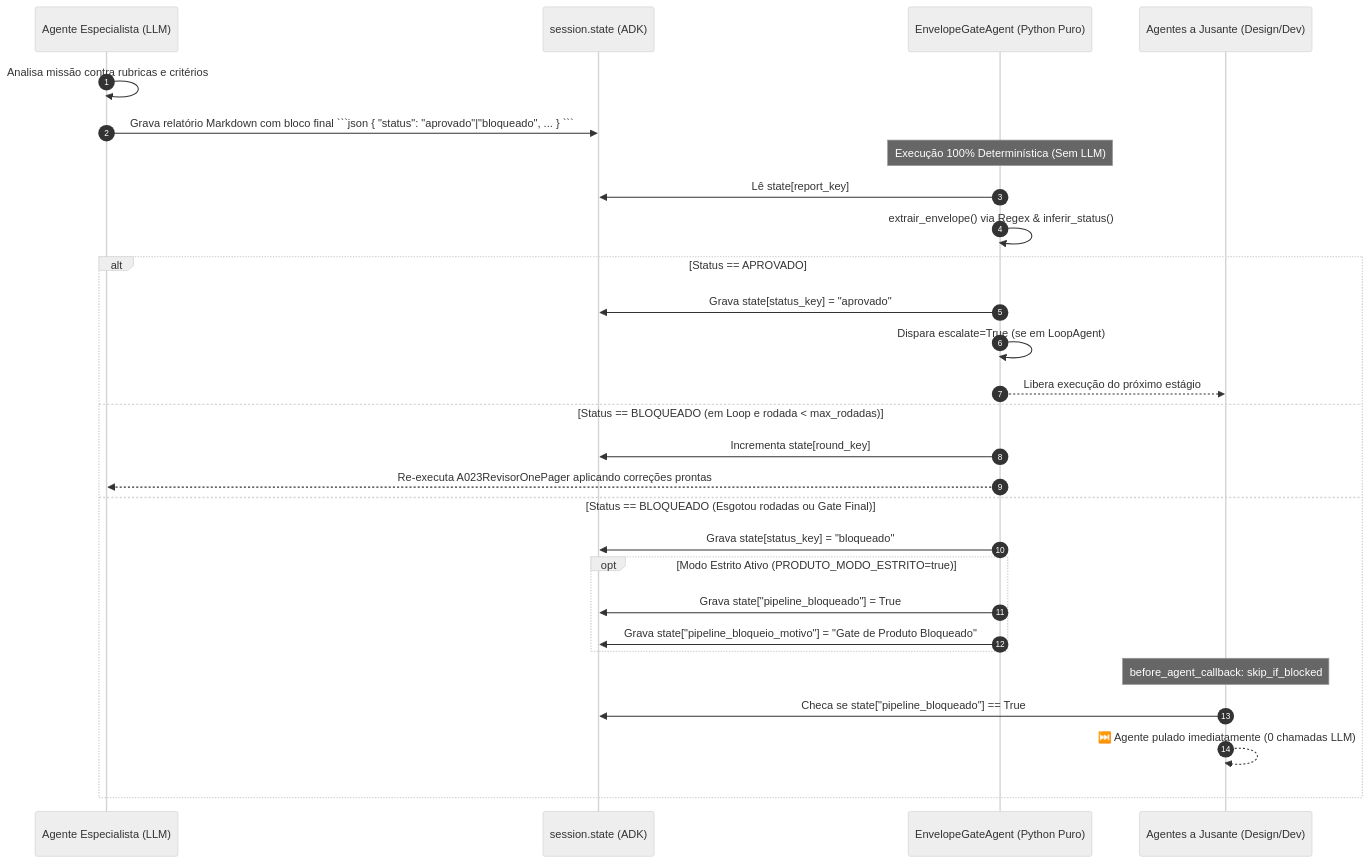
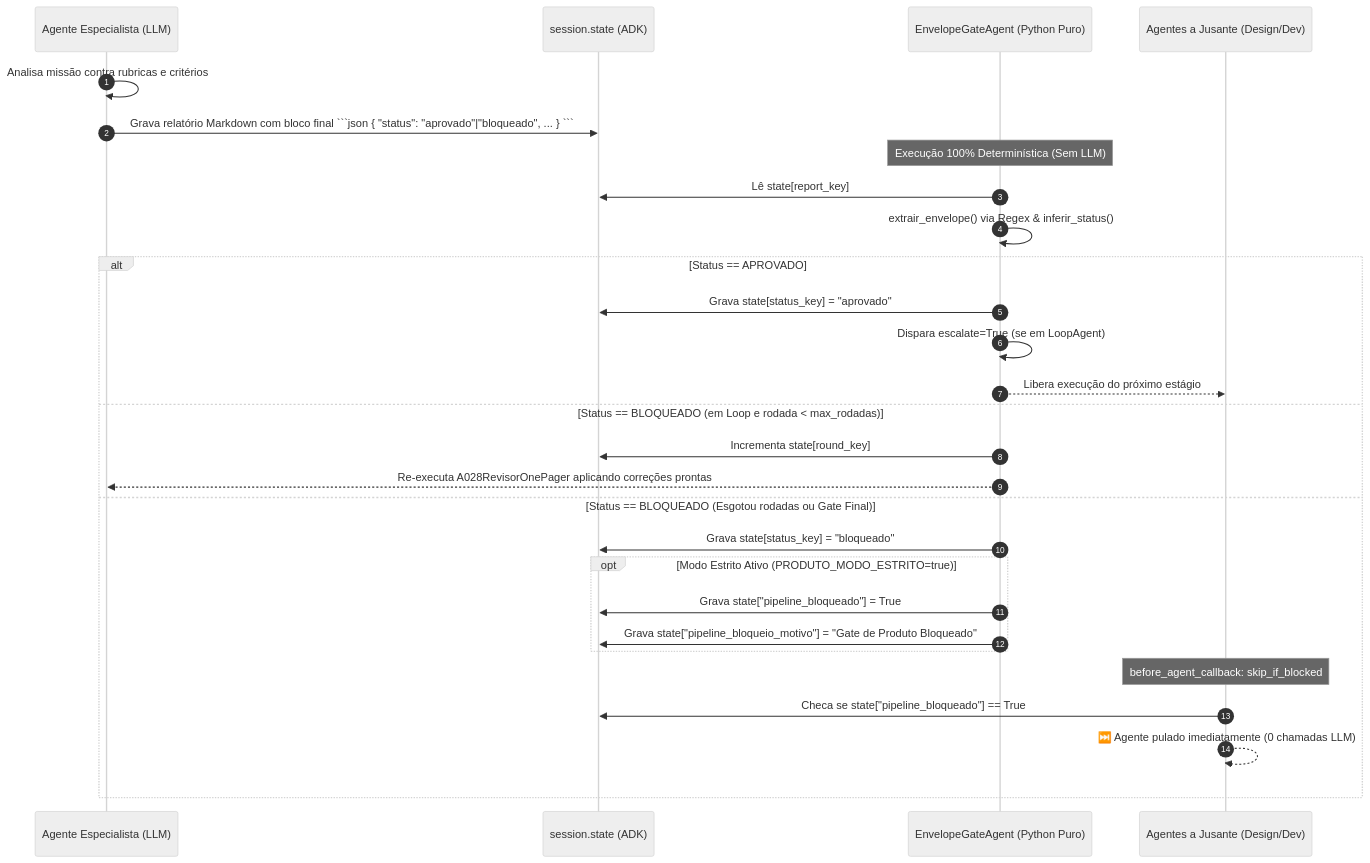
Before and after one commit to lucas-salomao-unooria/gerador-missoes: the third of 3 diagrams in README.md, drawn with Mermaid (neutral theme). The commit also changed other lines of this file and 91 other files, not shown here.

````diff
--- a/README.md
+++ b/README.md
@@ -345,33 +351,33 @@
 ```mermaid
 sequenceDiagram
     autonumber
     participant LLM as Agente Especialista (LLM)
     participant State as session.state (ADK)
     participant Gate as EnvelopeGateAgent (Python Puro)
     participant Downstream as Agentes a Jusante (Design/Dev)
 
     LLM->>LLM: Analisa missão contra rubricas e critérios
     LLM->>State: Grava relatório Markdown com bloco final ```json { "status": "aprovado"|"bloqueado", ... } ```
     
     Note over Gate: Execução 100% Determinística (Sem LLM)
     Gate->>State: Lê state[report_key]
     Gate->>Gate: extrair_envelope() via Regex & inferir_status()
     
     alt Status == APROVADO
         Gate->>State: Grava state[status_key] = "aprovado"
         Gate->>Gate: Dispara escalate=True (se em LoopAgent)
         Gate-->>Downstream: Libera execução do próximo estágio
     else Status == BLOQUEADO (em Loop e rodada < max_rodadas)
         Gate->>State: Incrementa state[round_key]
-        Gate-->>LLM: Re-executa A023RevisorOnePager aplicando correções prontas
+        Gate-->>LLM: Re-executa A028RevisorOnePager aplicando correções prontas
     else Status == BLOQUEADO (Esgotou rodadas ou Gate Final)
         Gate->>State: Grava state[status_key] = "bloqueado"
         opt Modo Estrito Ativo (PRODUTO_MODO_ESTRITO=true)
             Gate->>State: Grava state["pipeline_bloqueado"] = True
             Gate->>State: Grava state["pipeline_bloqueio_motivo"] = "Gate de Produto Bloqueado"
         end
         Note over Downstream: before_agent_callback: skip_if_blocked
         Downstream->>State: Checa se state["pipeline_bloqueado"] == True
         Downstream-->>Downstream: ⏭️ Agente pulado imediatamente (0 chamadas LLM)
     end
 ```
````
